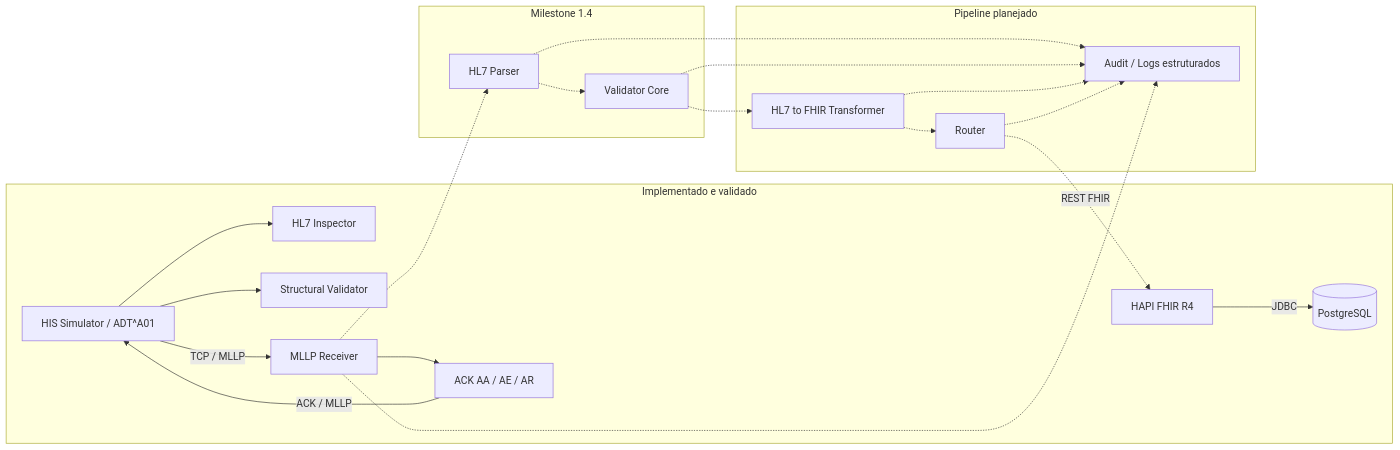
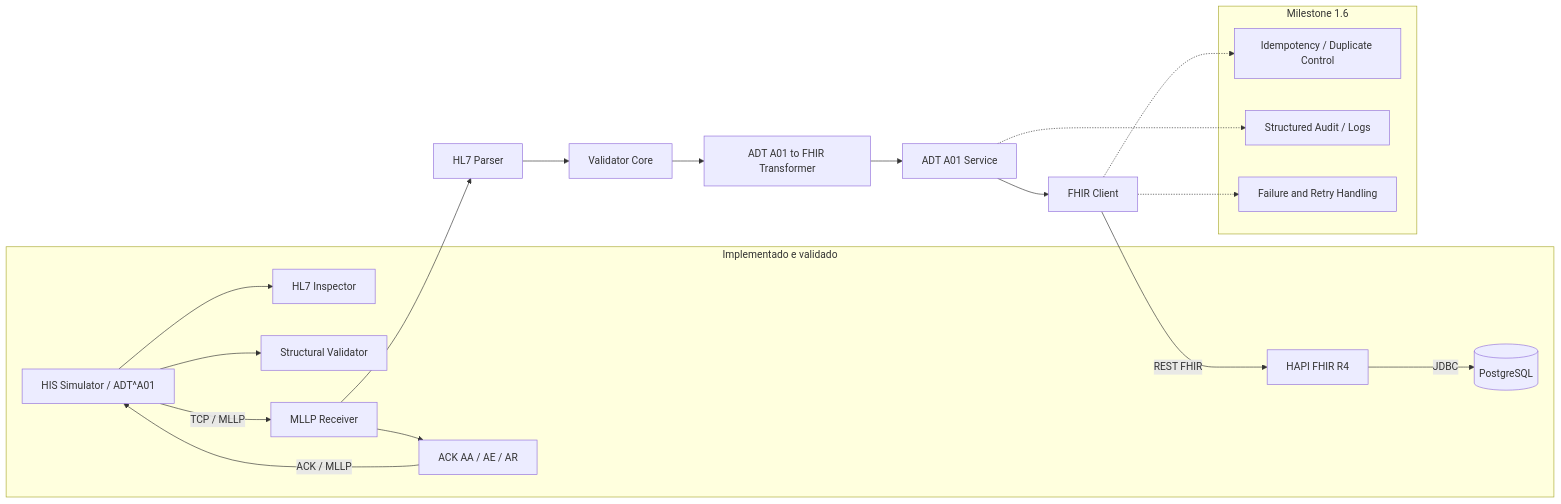
The diagram in README.md (fernandocerqueira1990-cloud/healthcare-interoperability-labs), drawn with Mermaid before and after one commit. The commit also changed other lines of this file, not shown here.

Commit message:
docs: mark milestone 1.5 complete and refresh architecture

````diff
--- a/README.md
+++ b/README.md
@@ -83,42 +91,42 @@
 ```mermaid
 flowchart LR
     subgraph IMPLEMENTADO[Implementado e validado]
         A[HIS Simulator / ADT^A01]
         B[HL7 Inspector]
         C[Structural Validator]
         D[MLLP Receiver]
         E[ACK AA / AE / AR]
         G[HAPI FHIR R4]
         H[(PostgreSQL)]
 
         A --> B
         A --> C
         A -->|TCP / MLLP| D
         D --> E
         E -->|ACK / MLLP| A
         G -->|JDBC| H
     end
 
-    subgraph PROXIMO[Milestone 1.4]
-        P[HL7 Parser]
-        V[Validator Core]
-        D -.-> P
-        P -.-> V
+    P[HL7 Parser]
+    V[Validator Core]
+    T[ADT A01 to FHIR Transformer]
+    S[ADT A01 Service]
+    F[FHIR Client]
+
+    D --> P
+    P --> V
+    V --> T
+    T --> S
+    S --> F
+    F -->|REST FHIR| G
+
+    subgraph PROXIMO[Milestone 1.6]
+        I[Idempotency / Duplicate Control]
+        L[Structured Audit / Logs]
+        X[Failure and Retry Handling]
     end
 
-    subgraph PLANEJADO[Pipeline planejado]
-        T[HL7 to FHIR Transformer]
-        R[Router]
-        L[Audit / Logs estruturados]
-
-        V -.-> T
-        T -.-> R
-        R -.->|REST FHIR| G
-
-        D -.-> L
-        P -.-> L
-        V -.-> L
-        T -.-> L
-        R -.-> L
-    end
+    F -.-> I
+    S -.-> L
+    F -.-> X
 ```
````
